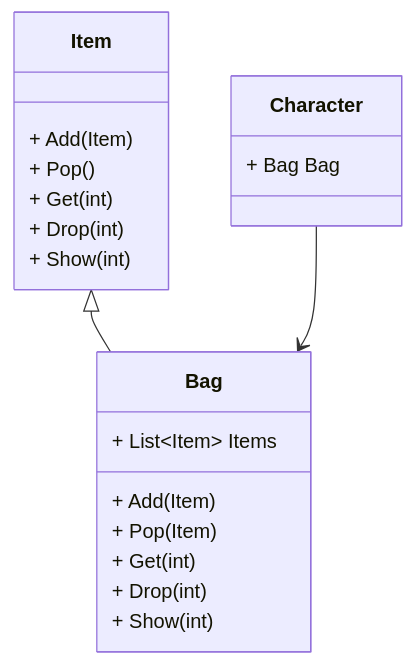
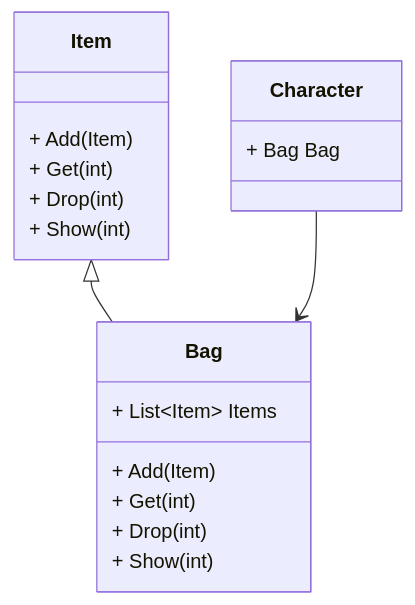
Before and after one commit to CollapseNav/CollapseNav.Net.Tool-Doc: the diagram in other/knowledge/Design/8-Composite.mdx, drawn with Mermaid. The commit also changed other lines of this file and 1 other file, not shown here.

````diff
--- a/other/knowledge/Design/8-Composite.mdx
+++ b/other/knowledge/Design/8-Composite.mdx
@@ -21,25 +21,23 @@
 ```mermaid
 classDiagram
 
 Item <|-- Bag 
 Character --> Bag
 
 class Character{
     + Bag Bag
 }
 class Item{
     + Add(Item)
-    + Pop()
     + Get(int)
     + Drop(int)
     + Show(int)
 }
 class Bag{
     + List~Item~ Items
     + Add(Item)
-    + Pop(Item)
     + Get(int)
     + Drop(int)
     + Show(int)
 }
 ```
````
